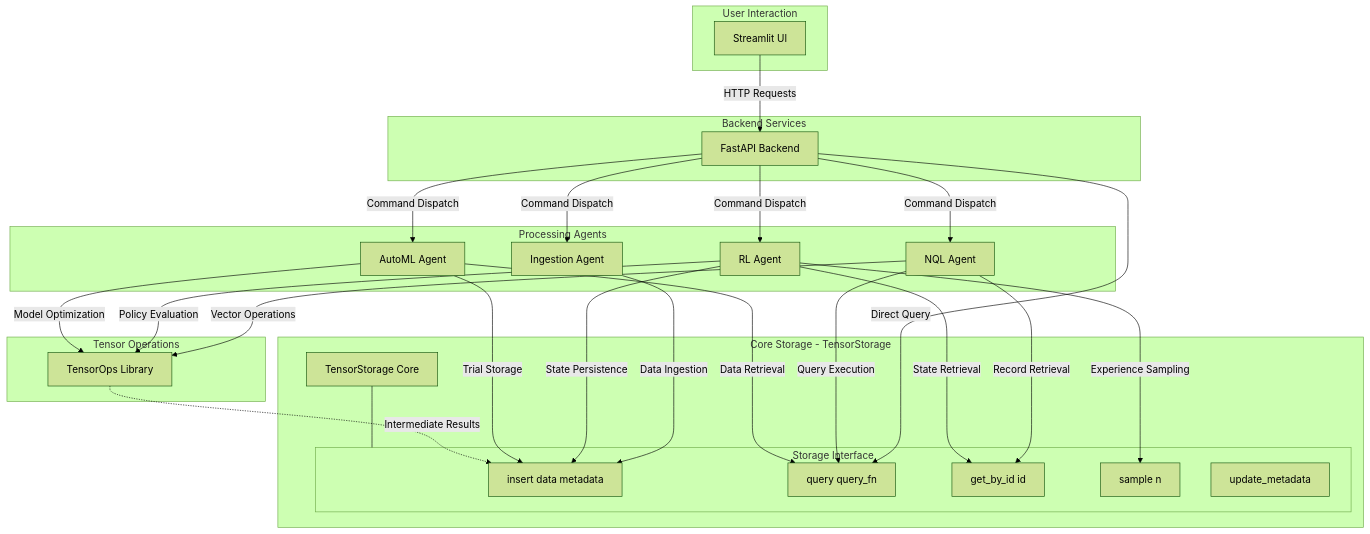
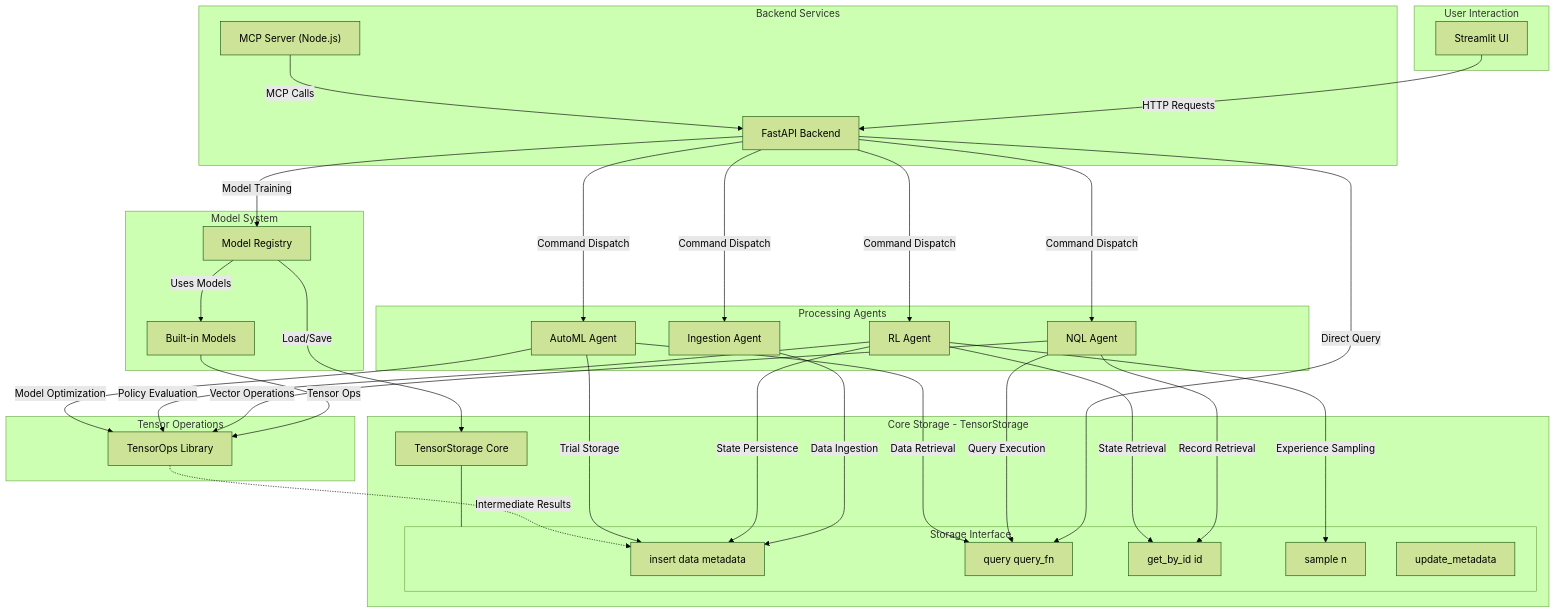
The diagram in README.md (tensorus/tensorus), drawn with Mermaid (forest theme) before and after one commit.

Commit message:
Fix mermaid diagram syntax

```diff
--- a/README.md
+++ b/README.md
@@ -61,12 +61,13 @@
     subgraph UI_Layer ["User Interaction"]
         UI[Streamlit UI]
     end
-    
+
     %% API Gateway Layer
     subgraph API_Layer ["Backend Services"]
         API[FastAPI Backend]
+        MCP["MCP Server (Node.js)"]
     end
-    
+
     %% Core Storage with Method Interface
     subgraph Storage_Layer ["Core Storage - TensorStorage"]
         TS[TensorStorage Core]
@@ -79,7 +80,7 @@
         end
         TS --- Storage_Methods
     end
-    
+
     %% Agent Processing Layer
     subgraph Agent_Layer ["Processing Agents"]
         IA[Ingestion Agent]
@@ -87,32 +88,45 @@
         RLA[RL Agent]
         AutoMLA[AutoML Agent]
     end
-    
+
+    %% Model System
+    subgraph Model_Layer ["Model System"]
+        Registry[Model Registry]
+        Builtins[Built-in Models]
+    end
+
     %% Tensor Operations Library
     subgraph Ops_Layer ["Tensor Operations"]
         TOps[TensorOps Library]
     end
 
-    %% Primary UI Flow
+    %% Primary UI & MCP Flow
     UI -->|HTTP Requests| API
+    MCP -->|MCP Calls| API
 
     %% API Orchestration
     API -->|Command Dispatch| IA
     API -->|Command Dispatch| NQLA
     API -->|Command Dispatch| RLA
     API -->|Command Dispatch| AutoMLA
+    API -->|Model Training| Registry
     API -->|Direct Query| TS_query
+
+    %% Model System Interactions
+    Registry -->|Uses Models| Builtins
+    Registry -->|Load/Save| TS
+    Builtins -->|Tensor Ops| TOps
 
     %% Agent Storage Interactions
     IA -->|Data Ingestion| TS_insert
-    
+
     NQLA -->|Query Execution| TS_query
     NQLA -->|Record Retrieval| TS_get
 
     RLA -->|State Persistence| TS_insert
     RLA -->|Experience Sampling| TS_sample
     RLA -->|State Retrieval| TS_get
-    
+
     AutoMLA -->|Trial Storage| TS_insert
     AutoMLA -->|Data Retrieval| TS_query
 
```
